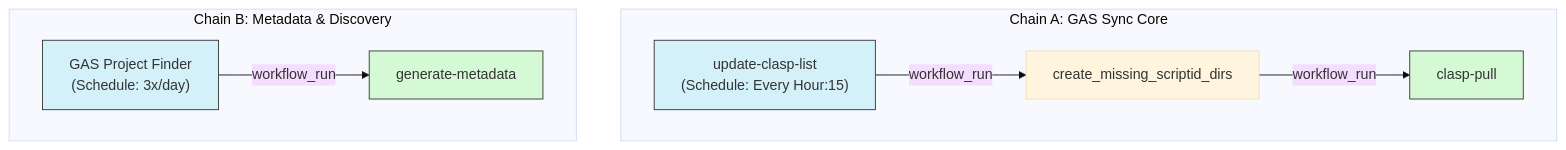
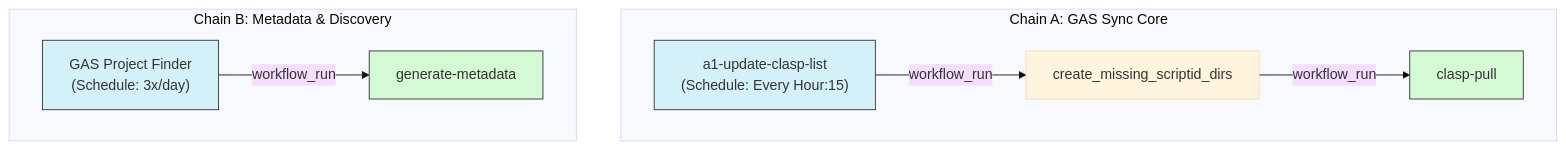
Before and after one commit to TakashiSasaki/gas.moukaeritai.work: the diagram in .github/workflows/AGENTS.md, drawn with Mermaid (base theme). The commit also changed other lines of this file and 2 other files, not shown here.

First line of the commit message:
refactor: rename update-clasp-list.yml to a1-update-clasp-list.yml

````diff
--- a/.github/workflows/AGENTS.md
+++ b/.github/workflows/AGENTS.md
@@ -58,16 +58,16 @@
 ```mermaid
 graph TD
     subgraph "Chain A: GAS Sync Core"
-        A1["update-clasp-list<br/>(Schedule: Every Hour:15)"] -->|workflow_run| A2["create_missing_scriptid_dirs"]
+        A1["a1-update-clasp-list<br/>(Schedule: Every Hour:15)"] -->|workflow_run| A2["create_missing_scriptid_dirs"]
         A2 -->|workflow_run| A3["clasp-pull"]
     end
 
     subgraph "Chain B: Metadata & Discovery"
         B1["GAS Project Finder<br/>(Schedule: 3x/day)"] -->|workflow_run| B2["generate-metadata"]
     end
 
     style A1 fill:#d4f1f9,stroke:#333
     style B1 fill:#d4f1f9,stroke:#333
     style A3 fill:#d4f9d4,stroke:#333
     style B2 fill:#d4f9d4,stroke:#333
 ```
````
